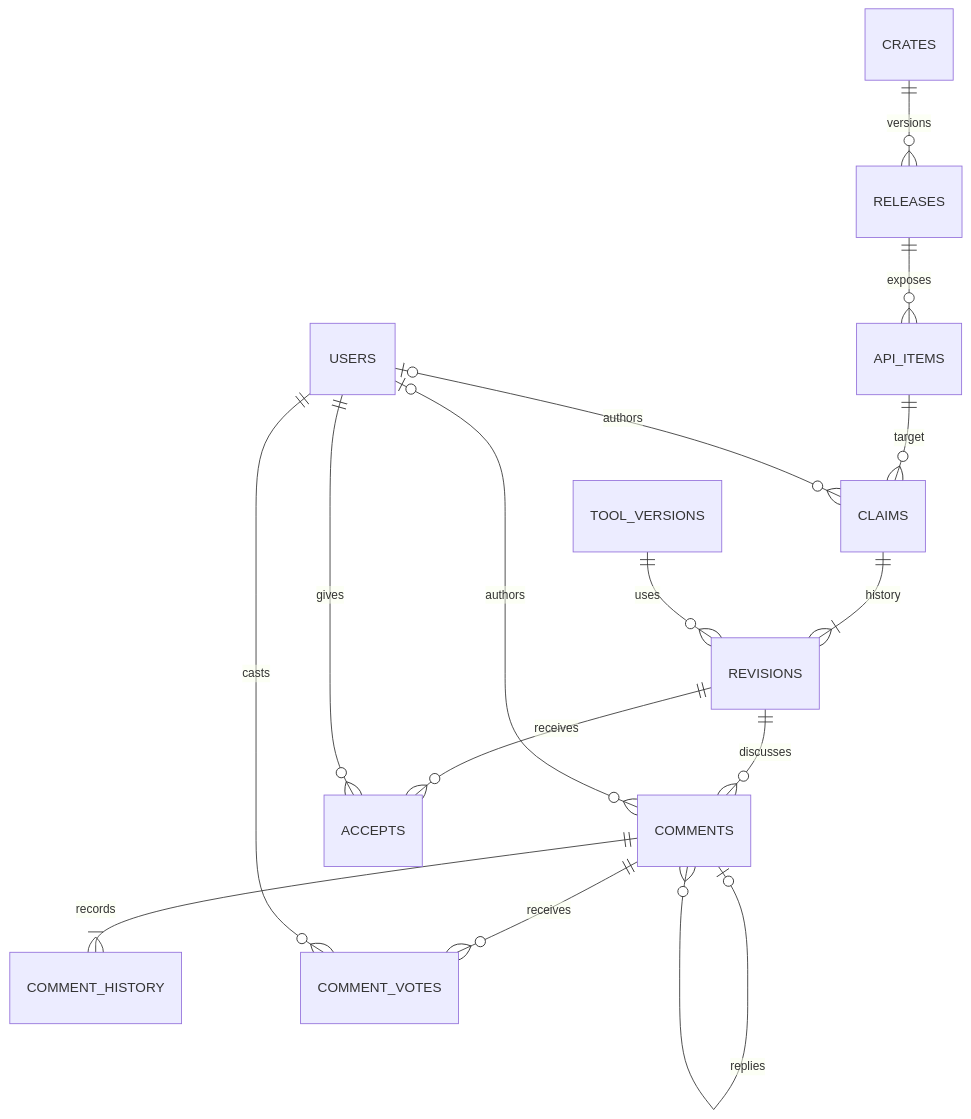
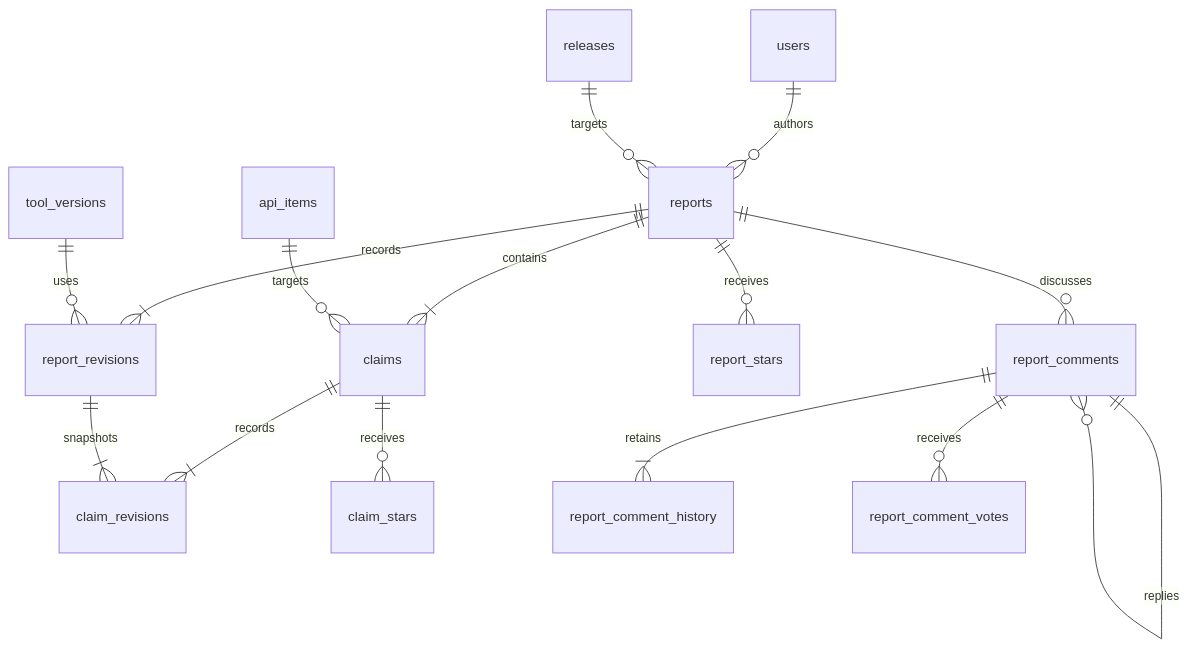
Before and after one commit to nyuichi/proofs-rs: the diagram in docs/backend-design.md, drawn with Mermaid. The commit also changed other lines of this file and 30 other files, not shown here.

Commit message:
Replace claim-centric model with reports, permanent claims and independent stars

````diff
--- a/docs/backend-design.md
+++ b/docs/backend-design.md
@@ -132,17 +26,17 @@
 ```mermaid
 erDiagram
-  CRATES ||--o{ RELEASES : versions
-  RELEASES ||--o{ API_ITEMS : exposes
-  API_ITEMS ||--o{ CLAIMS : target
-  USERS o|--o{ CLAIMS : authors
-  CLAIMS ||--|{ REVISIONS : history
-  TOOL_VERSIONS ||--o{ REVISIONS : uses
-  REVISIONS ||--o{ COMMENTS : discusses
-  COMMENTS o|--o{ COMMENTS : replies
-  USERS o|--o{ COMMENTS : authors
-  COMMENTS ||--|{ COMMENT_HISTORY : records
-  COMMENTS ||--o{ COMMENT_VOTES : receives
-  USERS ||--o{ COMMENT_VOTES : casts
-  REVISIONS ||--o{ ACCEPTS : receives
-  USERS ||--o{ ACCEPTS : gives
+  users ||--o{ reports : authors
+  releases ||--o{ reports : targets
+  reports ||--|{ report_revisions : records
+  tool_versions ||--o{ report_revisions : uses
+  reports ||--|{ claims : contains
+  api_items ||--o{ claims : targets
+  claims ||--|{ claim_revisions : records
+  report_revisions ||--|{ claim_revisions : snapshots
+  reports ||--o{ report_stars : receives
+  claims ||--o{ claim_stars : receives
+  reports ||--o{ report_comments : discusses
+  report_comments ||--o{ report_comments : replies
+  report_comments ||--|{ report_comment_history : retains
+  report_comments ||--o{ report_comment_votes : receives
 ```
````
